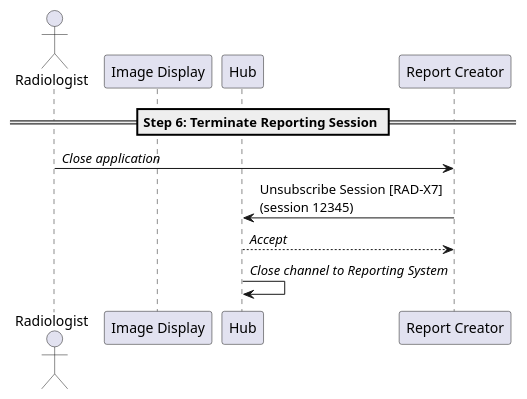
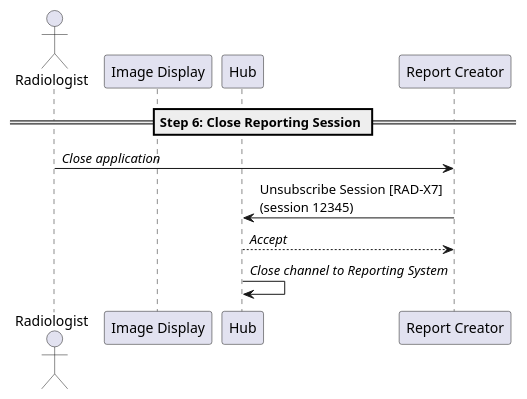
The diagram in input/images-source/step6-terminate-reporting-session.plantuml (IHE/RAD.IRA), drawn with PlantUML before and after one commit. The commit also changed 11 other files, not shown here.

Commit message:
Change 'initiate' and 'terminate' of report context to 'open' and 'close'.

```diff
--- a/input/images-source/step6-terminate-reporting-session.plantuml
+++ b/input/images-source/step6-terminate-reporting-session.plantuml
@@ -1,16 +1,16 @@
 @startuml
 
 actor Radiologist as User
 participant "Image Display" as PACS
 participant "Hub" as Hub
 participant "Report Creator" as Report
 
-== Step 6: Terminate Reporting Session ==
+== Step 6: Close Reporting Session ==
 
 User->Report: //Close application//
 
 Report->Hub: Unsubscribe Session [RAD-X7]\n(session 12345)
 Hub-->Report: //Accept//
 Hub->Hub: //Close channel to Reporting System//
 
 @enduml
```
